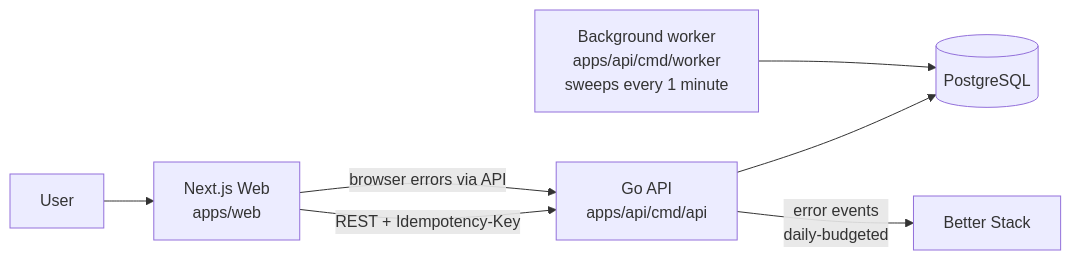
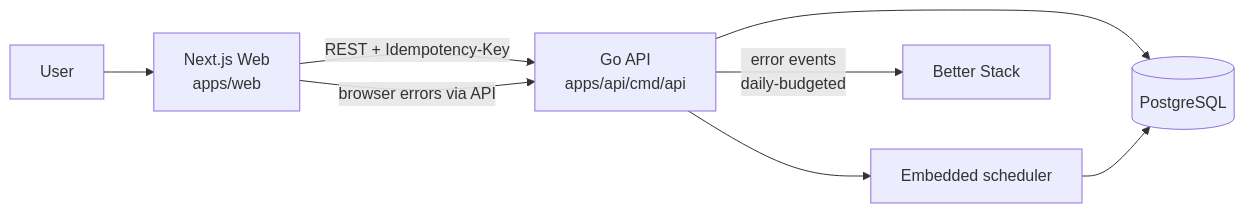
Before and after one commit to Walker-mfj/TodoCal: the diagram in docs/features/README.md, drawn with Mermaid. The commit also changed other lines of this file and 17 other files, not shown here.

````diff
--- a/docs/features/README.md
+++ b/docs/features/README.md
@@ -28,9 +27,10 @@
 ```mermaid
 flowchart LR
     U[User] --> WEB[Next.js Web<br/>apps/web]
     WEB -->|REST + Idempotency-Key| API[Go API<br/>apps/api/cmd/api]
     API --> DB[(PostgreSQL)]
-    WRK[Background worker<br/>apps/api/cmd/worker<br/>sweeps every 1 minute] --> DB
+    API --> S[Embedded scheduler]
+    S --> DB
     API -->|error events<br/>daily-budgeted| BS[Better Stack]
     WEB -->|browser errors via API| API
 ```
````
